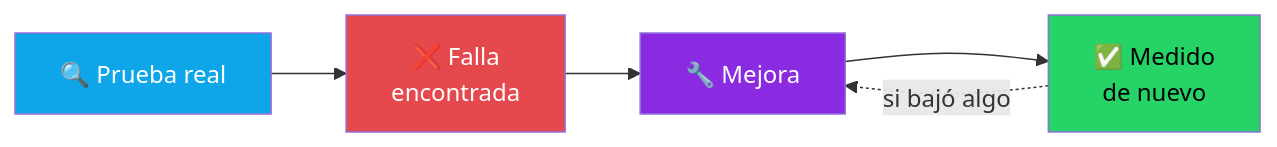
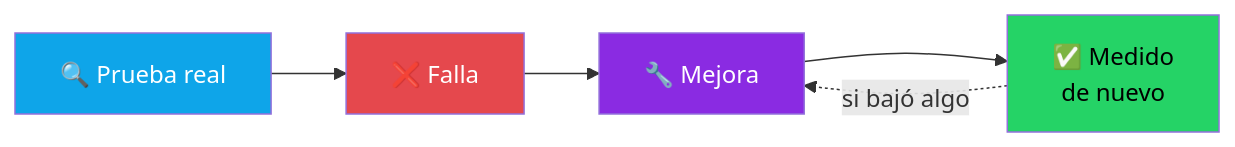
One commit to grancobud/arm-whatsapp changed the seventh of 15 diagrams in README.md. Above: the diagram before and after it, drawn with Mermaid. The commit also changed other lines of this file, not shown here.

Commit message:
docs: diagramas de auditoría más compactos (entran en pantallas angostas)

````diff
--- a/README.md
+++ b/README.md
@@ -250,12 +250,11 @@
 ```mermaid
 flowchart LR
-    P[🔍 Prueba real] --> F[❌ Falla<br/>encontrada]
-    F --> M[🔧 Mejora]
-    M --> R[✅ Medido<br/>de nuevo]
+    P[🔍 Prueba real]:::p --> F[❌ Falla]:::f
+    F --> M[🔧 Mejora]:::m
+    M --> R[✅ Medido<br/>de nuevo]:::r
     R -.->|si bajó algo| M
-
-    style P fill:#0EA5E9,color:#fff
-    style F fill:#E5484D,color:#fff
-    style M fill:#8A2BE2,color:#fff
-    style R fill:#25D366,color:#000
+    classDef p fill:#0EA5E9,color:#fff
+    classDef f fill:#E5484D,color:#fff
+    classDef m fill:#8A2BE2,color:#fff
+    classDef r fill:#25D366,color:#000
 ```
````
